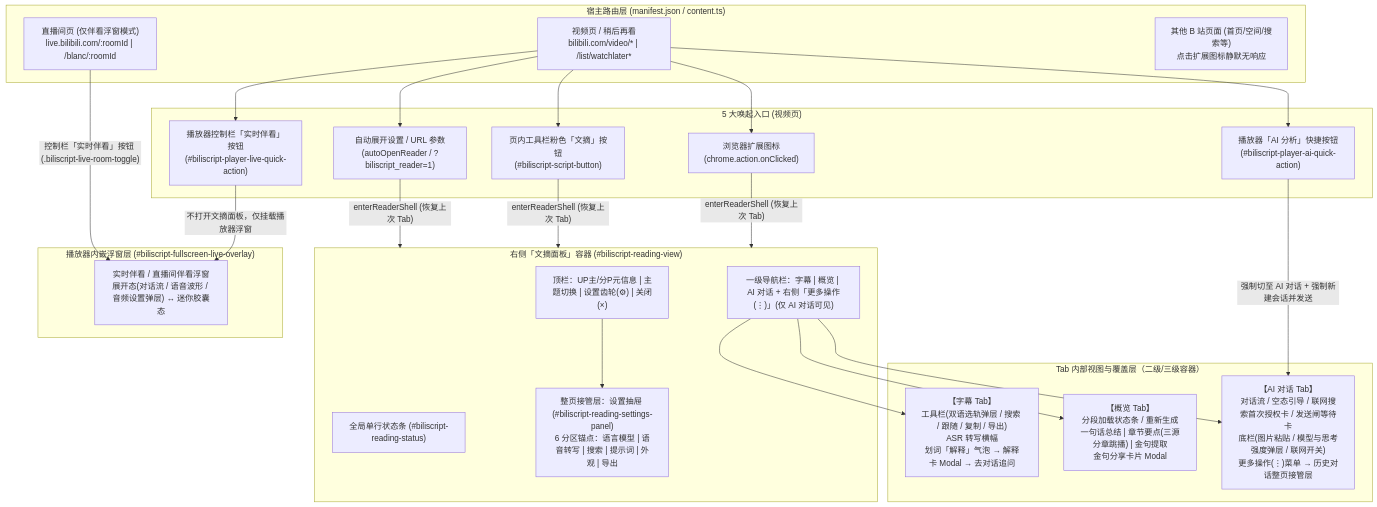
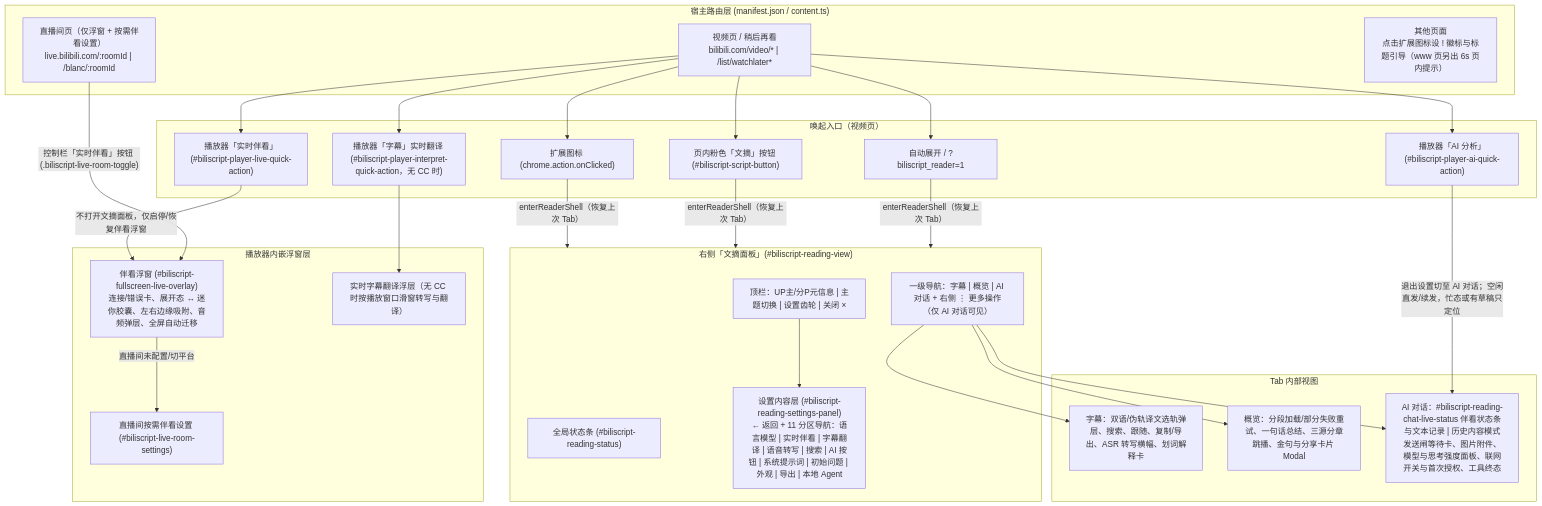
Before and after one commit to Edmund724/BiliScript: the diagram in docs/UX_AUDIT_ROADMAP.md, drawn with Mermaid. The commit also changed other lines of this file, not shown here.

Commit message:
docs: 精简 UX_AUDIT_ROADMAP 为当前 IA 与已落地裁定

````diff
--- a/docs/UX_AUDIT_ROADMAP.md
+++ b/docs/UX_AUDIT_ROADMAP.md
@@ -11,41 +11,46 @@
 ```mermaid
 flowchart TD
     subgraph Host["宿主路由层 (manifest.json / content.ts)"]
         V["视频页 / 稍后再看<br/>bilibili.com/video/* | /list/watchlater*"]
-        L["直播间页 (仅伴看浮窗模式)<br/>live.bilibili.com/:roomId | /blanc/:roomId"]
-        O["其他 B 站页面 (首页/空间/搜索等)<br/>点击扩展图标静默无响应"]
+        L["直播间页（仅浮窗 + 按需伴看设置）<br/>live.bilibili.com/:roomId | /blanc/:roomId"]
+        O["其他页面<br/>点击扩展图标设 ! 徽标与标题引导（www 页另出 6s 页内提示）"]
     end
 
-    subgraph Entries["5 大唤起入口 (视频页)"]
-        E1["浏览器扩展图标<br/>(chrome.action.onClicked)"]
-        E2["页内工具栏粉色「文摘」按钮<br/>(#biliscript-script-button)"]
-        E3["播放器「AI 分析」快捷按钮<br/>(#biliscript-player-ai-quick-action)"]
-        E4["播放器控制栏「实时伴看」按钮<br/>(#biliscript-player-live-quick-action)"]
-        E5["自动展开设置 / URL 参数<br/>(autoOpenReader / ?biliscript_reader=1)"]
+    subgraph Entries["唤起入口（视频页）"]
+        E1["扩展图标 (chrome.action.onClicked)"]
+        E2["页内粉色「文摘」按钮 (#biliscript-script-button)"]
+        E3["播放器「AI 分析」(#biliscript-player-ai-quick-action)"]
+        E4["播放器「实时伴看」(#biliscript-player-live-quick-action)"]
+        E5["播放器「字幕」实时翻译 (#biliscript-player-interpret-quick-action，无 CC 时)"]
+        E6["自动展开 / ?biliscript_reader=1"]
     end
 
-    subgraph Shell["右侧「文摘面板」容器 (#biliscript-reading-view)"]
-        Header["顶栏：UP主/分P元信息 | 主题切换 | 设置齿轮(⚙) | 关闭(×)"]
-        Status["全局单行状态条 (#biliscript-reading-status)"]
-        Settings["整页接管层：设置抽屉 (#biliscript-reading-settings-panel)<br/>6 分区锚点：语言模型 | 语音转写 | 搜索 | 提示词 | 外观 | 导出"]
-        Tabs["一级导航栏：字幕 | 概览 | AI 对话 + 右侧「更多操作(⋮)」(仅 AI 对话可见)"]
+    subgraph Shell["右侧「文摘面板」(#biliscript-reading-view)"]
+        Header["顶栏：UP主/分P元信息 | 主题切换 | 设置齿轮 | 关闭 ×"]
+        Status["全局状态条 (#biliscript-reading-status)"]
+        Settings["设置内容层 (#biliscript-reading-settings-panel)<br/>← 返回 + 11 分区导航：语言模型 | 实时伴看 | 字幕翻译 | 语音转写 | 搜索 | AI 按钮 | 系统提示词 | 初始问题 | 外观 | 导出 | 本地 Agent"]
+        Tabs["一级导航：字幕 | 概览 | AI 对话 + 右侧 ⋮ 更多操作（仅 AI 对话可见）"]
     end
 
-    subgraph SubViews["Tab 内部视图与覆盖层（二级/三级容器）"]
-        T1["【字幕 Tab】<br/>工具栏(双语选轨弹层 / 搜索 / 跟随 / 复制 / 导出)<br/>ASR 转写横幅<br/>划词「解释」气泡 → 解释卡 Modal → 去对话追问"]
-        T2["【概览 Tab】<br/>分段加载状态条 / 重新生成<br/>一句话总结 | 章节要点(三源分章跳播) | 金句提取<br/>金句分享卡片 Modal"]
-        T3["【AI 对话 Tab】<br/>对话流 / 空态引导 / 联网搜索首次授权卡 / 发送闸等待卡<br/>底栏(图片粘贴 / 模型与思考强度弹层 / 联网开关)<br/>更多操作(⋮)菜单 → 历史对话整页接管层"]
+    subgraph SubViews["Tab 内部视图"]
+        T1["字幕：双语/伪轨译文选轨弹层、搜索、跟随、复制/导出、ASR 转写横幅、划词解释卡"]
+        T2["概览：分段加载/部分失败重试、一句话总结、三源分章跳播、金句与分享卡片 Modal"]
+        T3["AI 对话：#biliscript-reading-chat-live-status 伴看状态条与文本记录 | 历史内容模式<br/>发送闸等待卡、图片附件、模型与思考强度面板、联网开关与首次授权、工具终态"]
     end
 
-    subgraph PlayerOverlay["播放器内嵌浮窗层 (#biliscript-fullscreen-live-overlay)"]
-        LiveUI["实时伴看 / 直播间伴看浮窗<br/>展开态(对话流 / 语音波形 / 音频设置弹层) ↔ 迷你胶囊态"]
+    subgraph PlayerOverlay["播放器内嵌浮窗层"]
+        LiveUI["伴看浮窗 (#biliscript-fullscreen-live-overlay)<br/>连接/错误卡、展开态 ↔ 迷你胶囊、左右边缘吸附、音频弹层、全屏自动迁移"]
+        LiveSettings["直播间按需伴看设置 (#biliscript-live-room-settings)"]
+        InterpretUI["实时字幕翻译浮层（无 CC 时按播放窗口滑窗转写与翻译）"]
     end
 
-    V --> E1 & E2 & E3 & E4 & E5
-    E1 & E2 & E5 -->|"enterReaderShell (恢复上次 Tab)"| Shell
-    E3 -->|"强制切至 AI 对话 + 强制新建会话并发送"| T3
-    E4 -->|"不打开文摘面板，仅挂载播放器浮窗"| LiveUI
+    V --> E1 & E2 & E3 & E4 & E5 & E6
+    E1 & E2 & E6 -->|"enterReaderShell（恢复上次 Tab）"| Shell
+    E3 -->|"退出设置切至 AI 对话；空闲直发/续发，忙态或有草稿只定位"| T3
+    E4 -->|"不打开文摘面板，仅启停/恢复伴看浮窗"| LiveUI
+    E5 --> InterpretUI
     L -->|"控制栏「实时伴看」按钮 (.biliscript-live-room-toggle)"| LiveUI
+    LiveUI -->|"直播间未配置/切平台"| LiveSettings
     Header --> Settings
     Tabs --> T1 & T2 & T3
 ```
````
